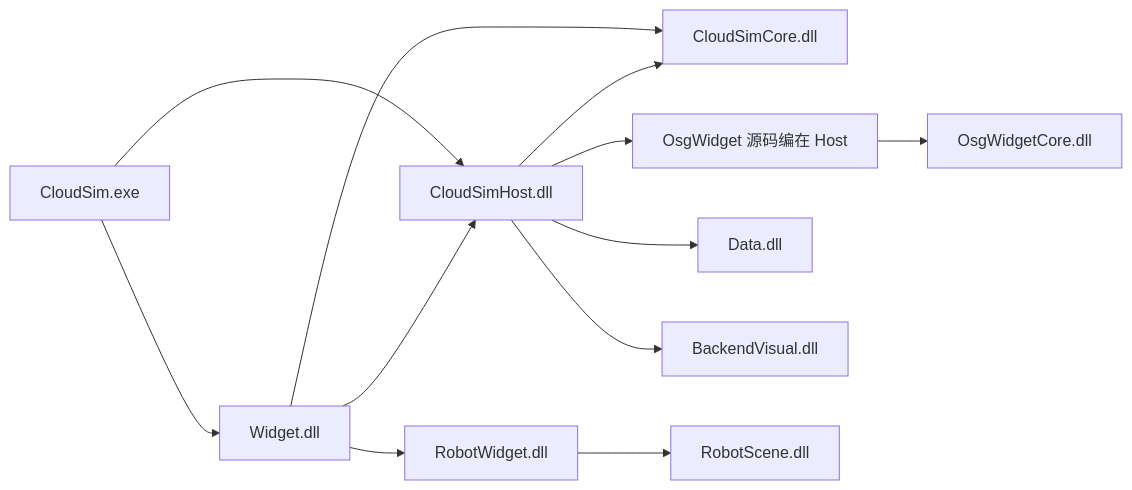
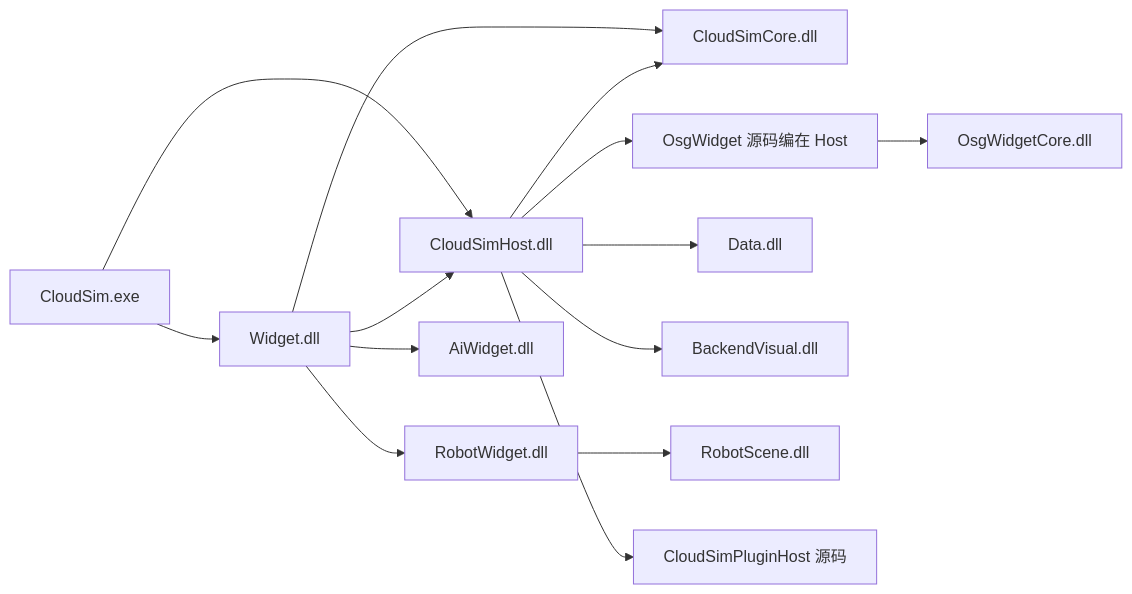
Before and after one commit to sanmunejdn/CloudSim: the first of 12 diagrams in ARCHITECTURE_SUMMARY.md, drawn with Mermaid. The commit also changed other lines of this file and 111 other files, not shown here.

````diff
--- a/ARCHITECTURE_SUMMARY.md
+++ b/ARCHITECTURE_SUMMARY.md
@@ -54,14 +56,16 @@
 ```mermaid
 flowchart LR
     EXE[CloudSim.exe] --> W[Widget.dll]
     EXE --> H[CloudSimHost.dll]
     W --> H
     W --> C[CloudSimCore.dll]
     H --> C
     H --> OW[OsgWidget 源码编在 Host]
     OW --> OGC[OsgWidgetCore.dll]
     H --> D[Data.dll]
     H --> BV[BackendVisual.dll]
     W --> RW[RobotWidget.dll]
+    W --> AW[AiWidget.dll]
     RW --> RS[RobotScene.dll]
+    H --> PH[CloudSimPluginHost 源码]
 ```
````
